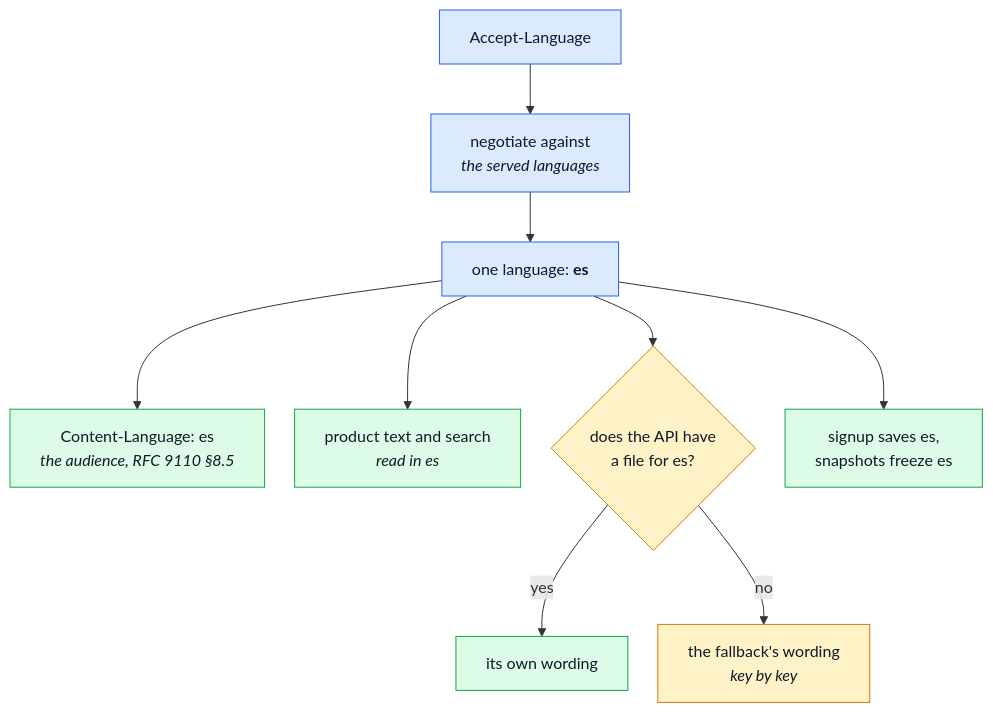
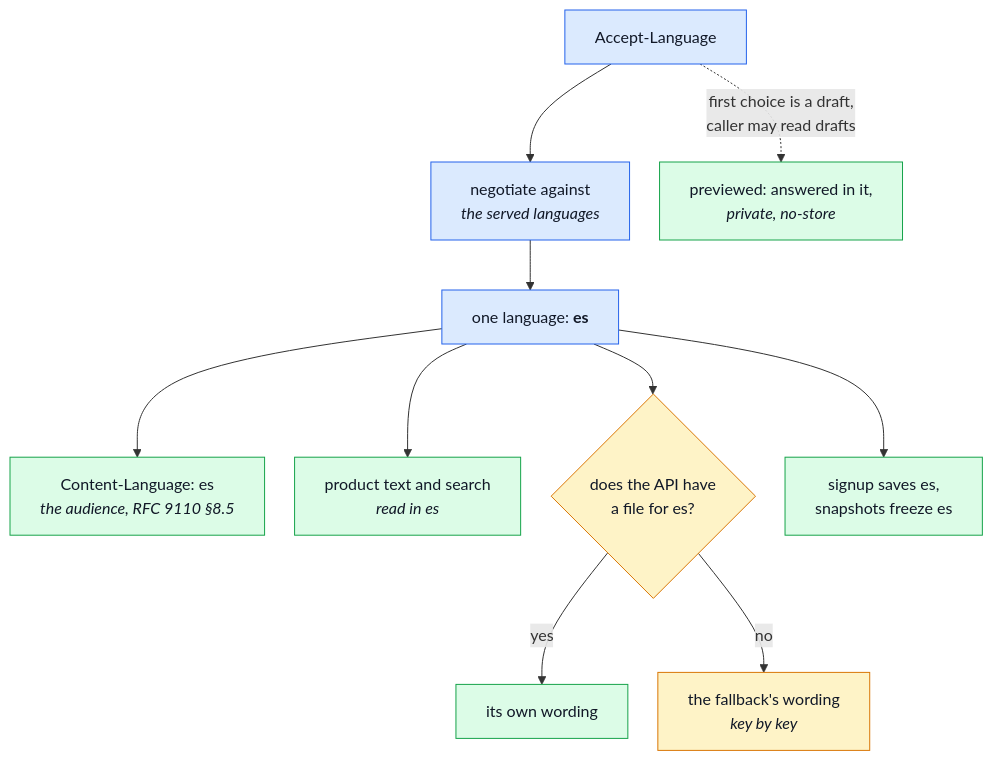
One commit to Guebbit/boilerplate-node-backend changed the second of 4 diagrams in docs/tools/i18n.md. Above: the diagram before and after it, drawn with Mermaid.

Commit message:
docs(i18n): show the staff draft preview branch in the negotiation diagram

````diff
--- a/docs/tools/i18n.md
+++ b/docs/tools/i18n.md
@@ -110,19 +110,21 @@
 ```mermaid
 %%{init: {'flowchart': {'nodeSpacing': 30, 'rankSpacing': 50}}}%%
 flowchart TD
     H["Accept-Language"] --> N["negotiate against<br/><i>the served languages</i>"]
+    H -.->|"first choice is a draft,<br/>caller may read drafts"| D["previewed: answered in it,<br/><i>private, no-store</i>"]
     N --> P["one language: <b>es</b>"]
     P --> L["Content-Language: es<br/><i>the audience, RFC 9110 §8.5</i>"]
     P --> T["product text and search<br/><i>read in es</i>"]
     P --> W{"does the API have<br/>a file for es?"}
     W -->|"yes"| F1["its own wording"]
     W -->|"no"| F2["the fallback's wording<br/><i>key by key</i>"]
     P --> S["signup saves es,<br/>snapshots freeze es"]
 
     classDef req fill:#dbeafe,stroke:#2563eb,color:#111827;
     classDef step fill:#dcfce7,stroke:#16a34a,color:#111827;
     classDef fallback fill:#fef3c7,stroke:#d97706,color:#111827;
     class H,N,P req;
     class L,T,S,F1 step;
     class W,F2 fallback;
+    class D step;
 ```
````
